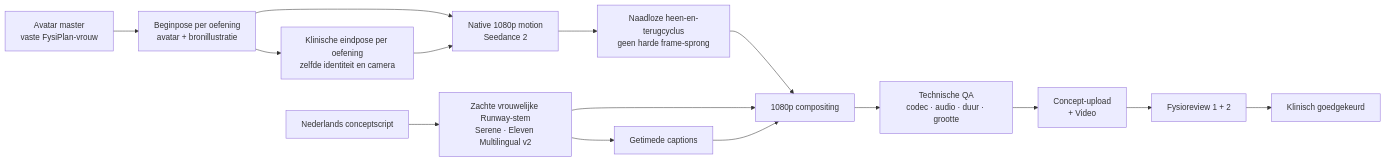
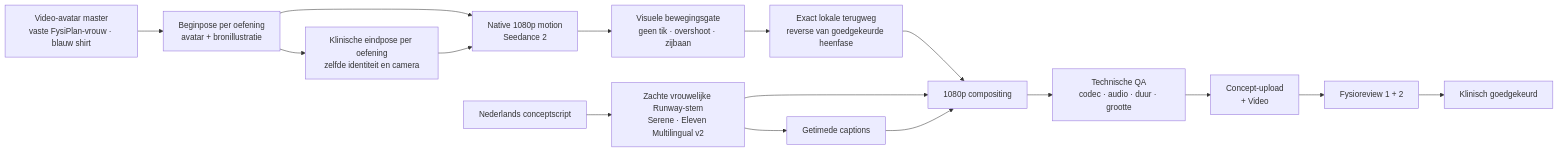
One commit to cartonn/Fysiplan changed the second of 2 diagrams in docs/video-contentfabriek.md. Above: the diagram before and after it, drawn with Mermaid. The commit also changed other lines of this file and 4 other files, not shown here.

````diff
--- a/docs/video-contentfabriek.md
+++ b/docs/video-contentfabriek.md
@@ -95,17 +96,18 @@
 ```mermaid
 flowchart LR
-  A["Avatar master\nvaste FysiPlan-vrouw"] --> P["Beginpose per oefening\navatar + bronillustratie"]
+  A["Video-avatar master\nvaste FysiPlan-vrouw · blauw shirt"] --> P["Beginpose per oefening\navatar + bronillustratie"]
   P --> E["Klinische eindpose per oefening\nzelfde identiteit en camera"]
   P --> M["Native 1080p motion\nSeedance 2"]
   E --> M
   S["Nederlands conceptscript"] --> V["Zachte vrouwelijke Runway-stem\nSerene · Eleven Multilingual v2"]
   V --> C["Getimede captions"]
-  M --> Y["Naadloze heen-en-terugcyclus\ngeen harde frame-sprong"]
+  M --> K["Visuele bewegingsgate\ngeen tik · overshoot · zijbaan"]
+  K --> Y["Exact lokale terugweg\nreverse van goedgekeurde heenfase"]
   Y --> F["1080p compositing"]
   V --> F
   C --> F
   F --> Q["Technische QA\ncodec · audio · duur · grootte"]
   Q --> U["Concept-upload\n+ Video"]
   U --> R["Fysioreview 1 + 2"]
   R --> G["Klinisch goedgekeurd"]
 ```
````
